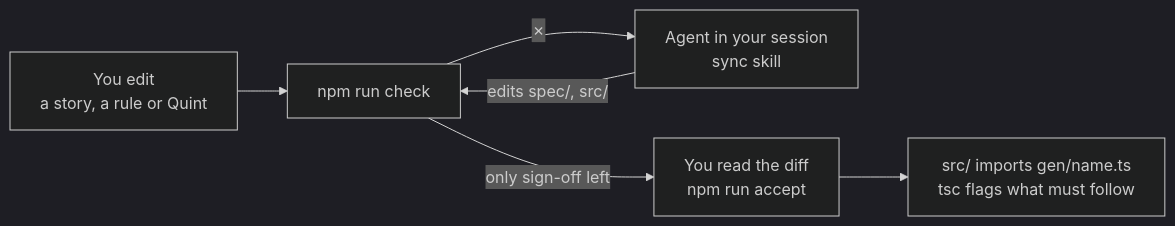
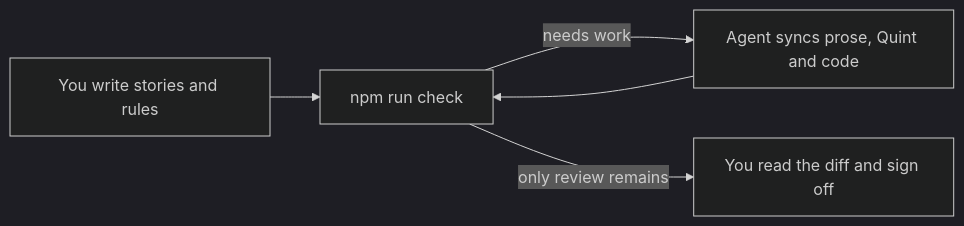
The second of 2 diagrams in README.md (lalalune/vibespec-starter), drawn with Mermaid (dark theme) before and after one commit. The commit also changed other lines of this file and 4 other files, not shown here.

````diff
--- a/README.md
+++ b/README.md
@@ -270,8 +142,7 @@
 ```mermaid
 flowchart LR
-  edit["You edit<br/>a story, a rule or Quint"] --> check["npm run check"]
-  check -- "✗" --> agent["Agent in your session<br/>sync skill"]
-  agent -- "edits spec/, src/" --> check
-  check -- "only sign-off left" --> accept["You read the diff<br/>npm run accept"]
-  accept --> use["src/ imports gen/name.ts<br/>tsc flags what must follow"]
+  edit["You write stories and rules"] --> check["npm run check"]
+  check -- "needs work" --> agent["Agent syncs prose, Quint and code"]
+  agent --> check
+  check -- "only review remains" --> accept["You read the diff and sign off"]
 ```
````
